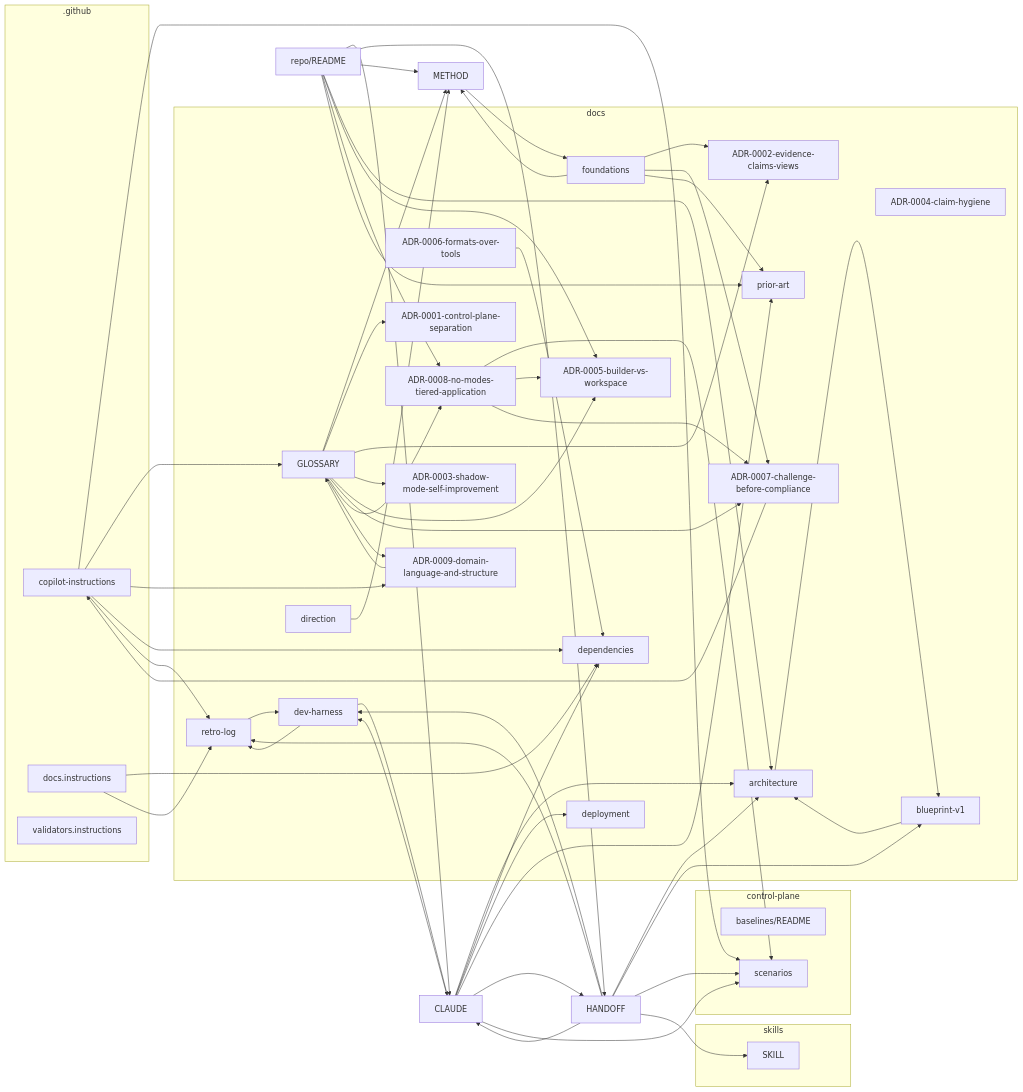
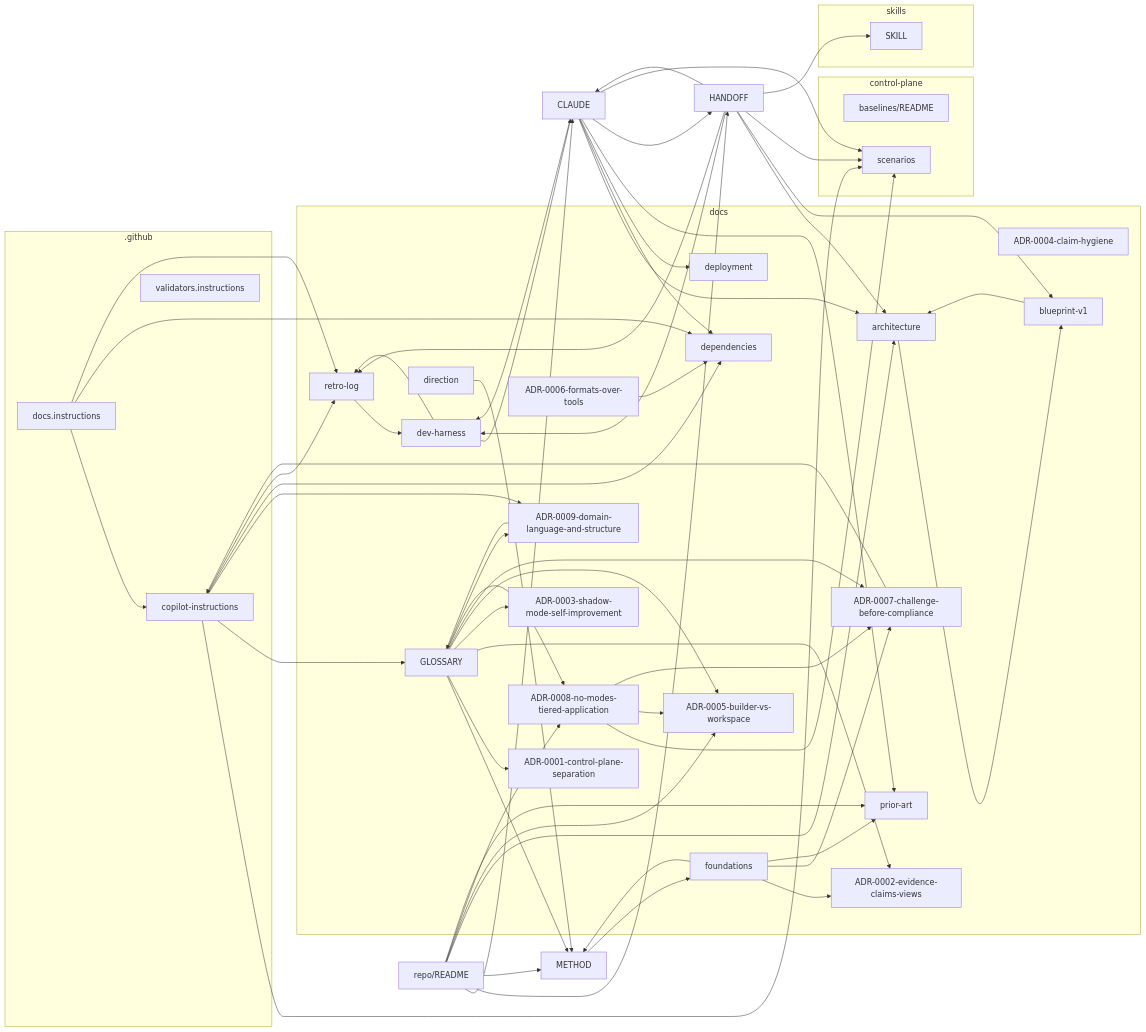
One commit to boulaajaj/ai-mise changed the diagram in docs/mindmap.md. Above: the diagram before and after it, drawn with Mermaid. The commit also changed other lines of this file and 1 other file, not shown here.

Commit message:
State the exemption once; regenerate mind map (review)

```diff
--- a/docs/mindmap.md
+++ b/docs/mindmap.md
@@ -48,6 +48,7 @@
   _github_copilot_instructions_md --> docs_decisions_ADR_0009_domain_language_and_structure_md
   _github_copilot_instructions_md --> docs_dependencies_md
   _github_copilot_instructions_md --> docs_meta_retro_log_md
+  _github_instructions_docs_instructions_md --> _github_copilot_instructions_md
   _github_instructions_docs_instructions_md --> docs_dependencies_md
   _github_instructions_docs_instructions_md --> docs_meta_retro_log_md
   CLAUDE_md --> HANDOFF_md
```
